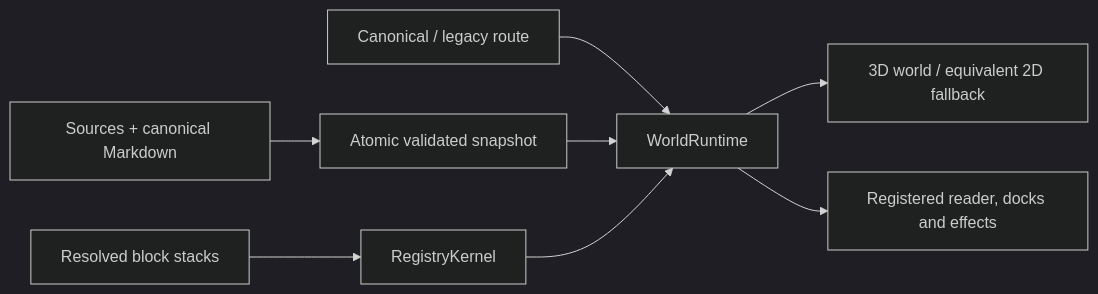
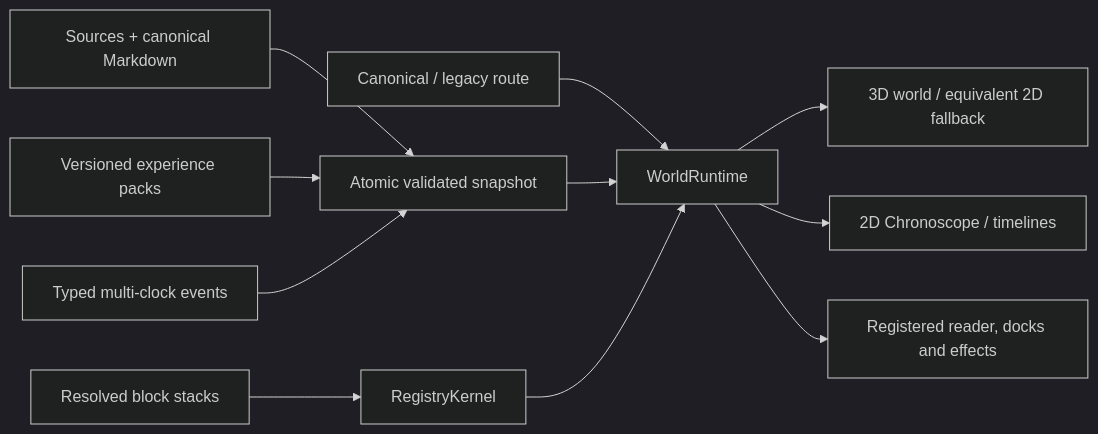
The diagram in README.md (kimlage/wiki-viva-kit), drawn with Mermaid (dark theme) before and after one commit. The commit also changed other lines of this file and 1453 other files, not shown here.

Commit message:
feat: deliver the v8 temporal experience kernel

````diff
--- a/README.md
+++ b/README.md
@@ -15,10 +15,13 @@
 ```mermaid
 flowchart LR
     Source["Sources + canonical Markdown"] --> Snapshot["Atomic validated snapshot"]
+    Packs["Versioned experience packs"] --> Snapshot
+    Temporal["Typed multi-clock events"] --> Snapshot
     Route["Canonical / legacy route"] --> Runtime["WorldRuntime"]
     Snapshot --> Runtime
     Blocks["Resolved block stacks"] --> Registry["RegistryKernel"]
     Registry --> Runtime
     Runtime --> World["3D world / equivalent 2D fallback"]
+    Runtime --> Chronoscope["2D Chronoscope / timelines"]
     Runtime --> Surfaces["Registered reader, docks and effects"]
 ```
````
